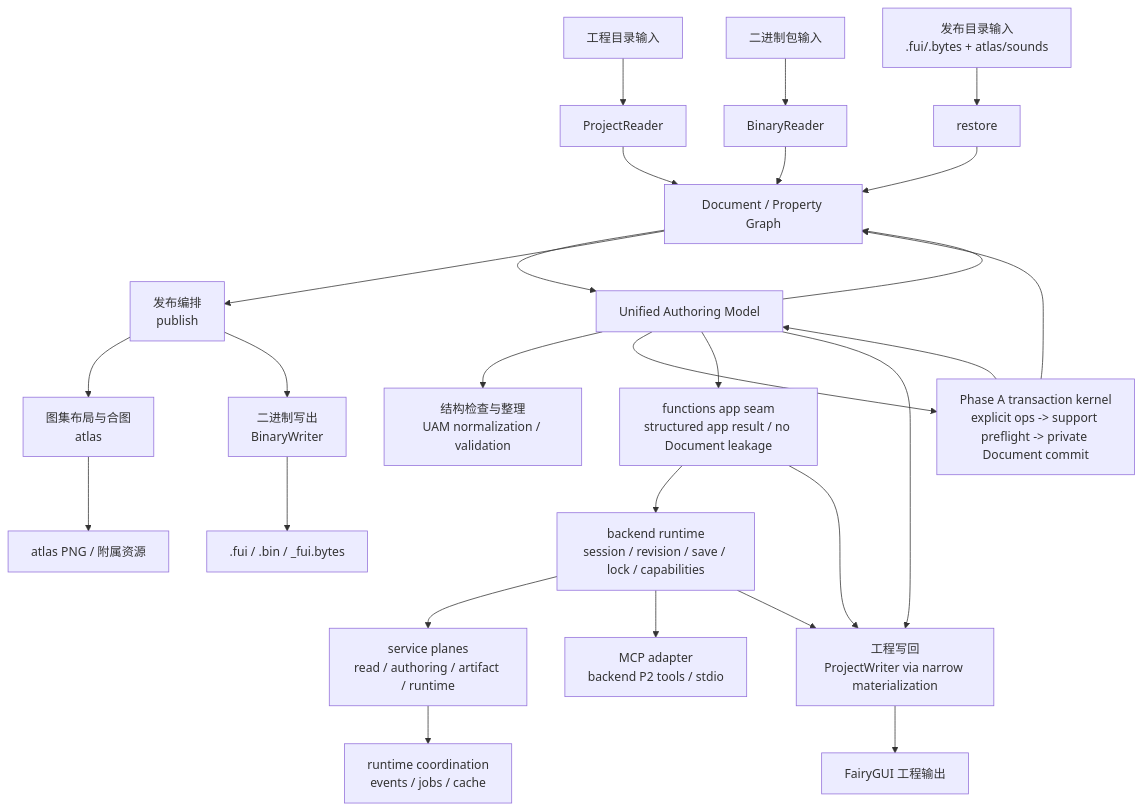
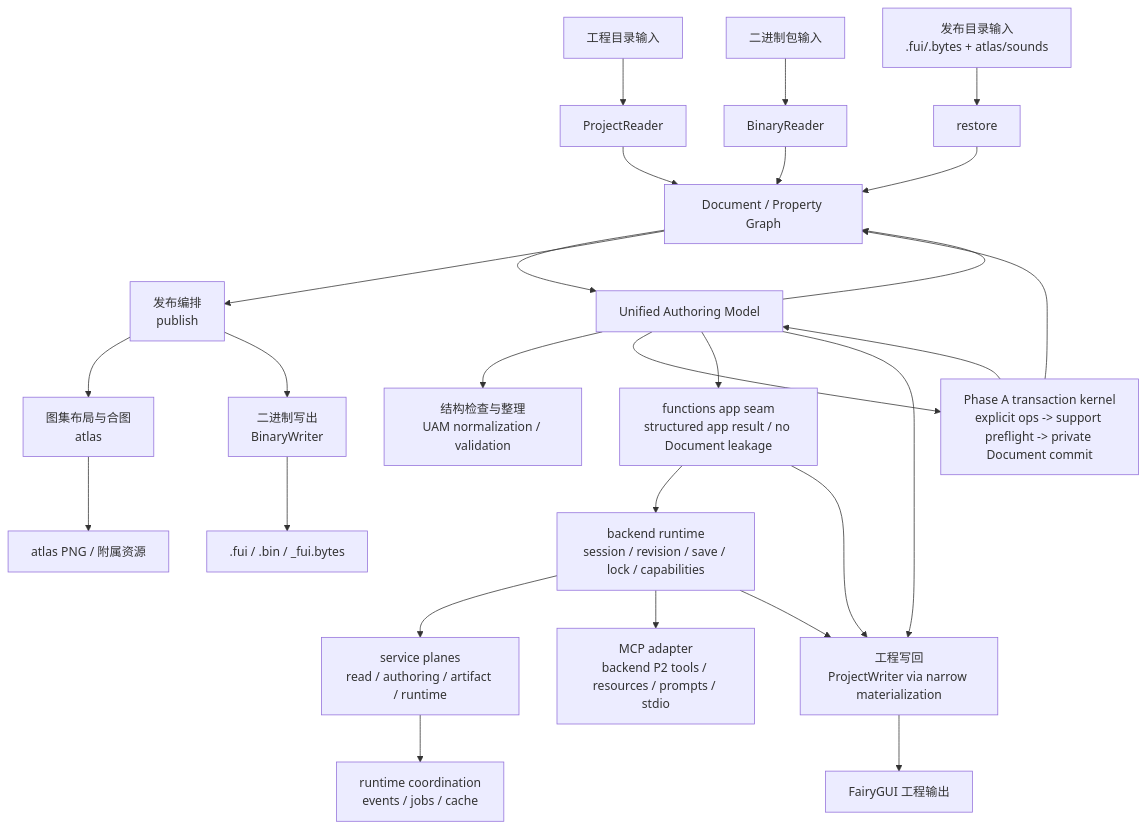
The second of 2 diagrams in docs/architecture-overview.md (OpenFairyGUI/OpenFairyGUI), drawn with Mermaid before and after one commit. The commit also changed other lines of this file and 16 other files, not shown here.

````diff
--- a/docs/architecture-overview.md
+++ b/docs/architecture-overview.md
@@ -256,29 +261,29 @@
 ```mermaid
 flowchart TD
     A["工程目录输入"] --> B["ProjectReader"]
     X["二进制包输入"] --> Y["BinaryReader"]
     R["发布目录输入<br/>.fui/.bytes + atlas/sounds"] --> S["restore"]
     B --> C["Document / Property Graph"]
     Y --> C
     S --> C
     C --> U["Unified Authoring Model"]
     U --> D["结构检查与整理<br/>UAM normalization / validation"]
     U --> T["Phase A transaction kernel<br/>explicit ops -> support preflight -> private Document commit"]
     U --> A2["functions app seam<br/>structured app result / no Document leakage"]
     A2 --> B2["backend runtime<br/>session / revision / save / lock / capabilities"]
     B2 --> B3["service planes<br/>read / authoring / artifact / runtime"]
     B3 --> B4["runtime coordination<br/>events / jobs / cache"]
-    B2 --> M1["MCP adapter<br/>backend P2 tools / stdio"]
+    B2 --> M1["MCP adapter<br/>backend P2 tools / resources / prompts / stdio"]
     T --> U
     T --> C
     U --> F["工程写回<br/>ProjectWriter via narrow materialization"]
     A2 --> F
     B2 --> F
     U --> C
     C --> E["发布编排<br/>publish"]
     E --> G["图集布局与合图<br/>atlas"]
     E --> H["二进制写出<br/>BinaryWriter"]
     F --> I["FairyGUI 工程输出"]
     G --> J["atlas PNG / 附属资源"]
     H --> K[".fui / .bin / _fui.bytes"]
 ```
````
